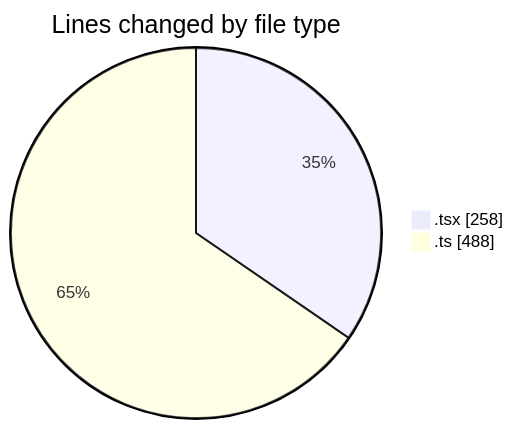
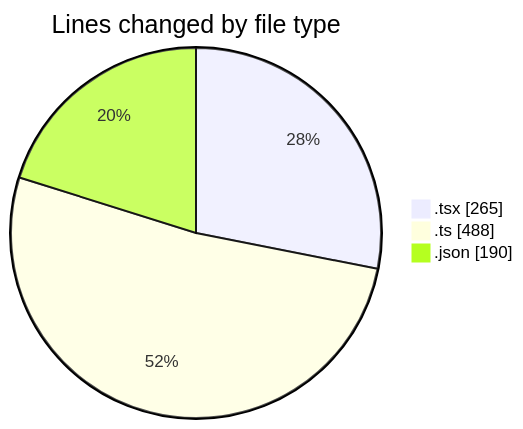
The first of 2 diagrams in 2025-10-21/cda/README.md (momahboobian/code-tracking), drawn with Mermaid before and after one commit. The commit also changed other lines of this file and 1 other file, not shown here.

````diff
--- a/2025-10-21/cda/README.md
+++ b/2025-10-21/cda/README.md
@@ -23,6 +24,7 @@
 ```mermaid
 pie showData
 title Lines changed by file type
-".tsx" : 258
+".tsx" : 265
 ".ts" : 488
+".json" : 190
 ```
````
